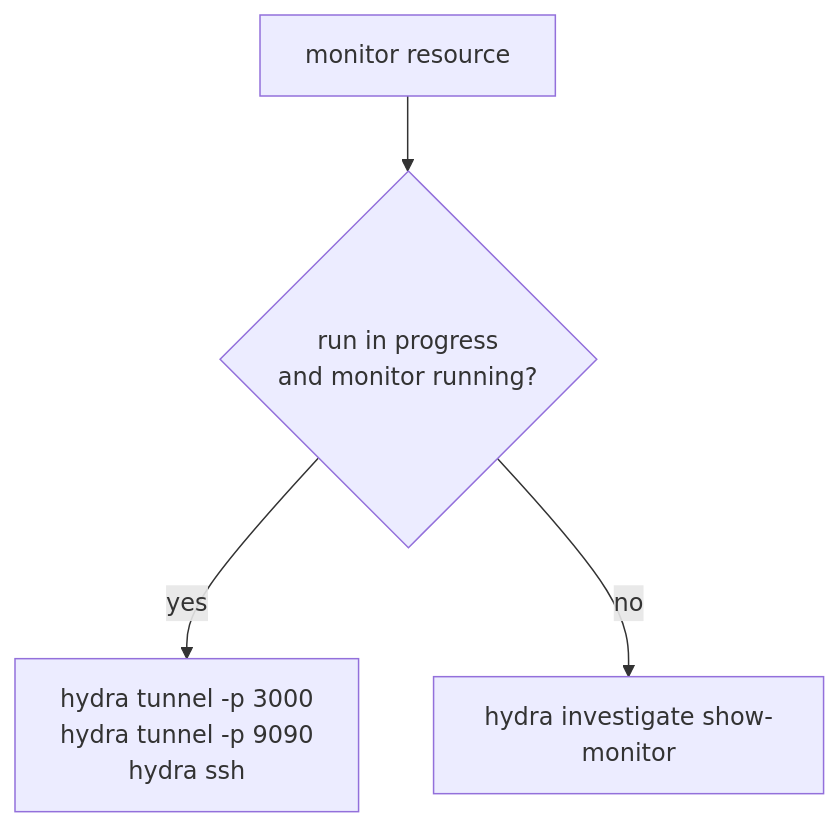
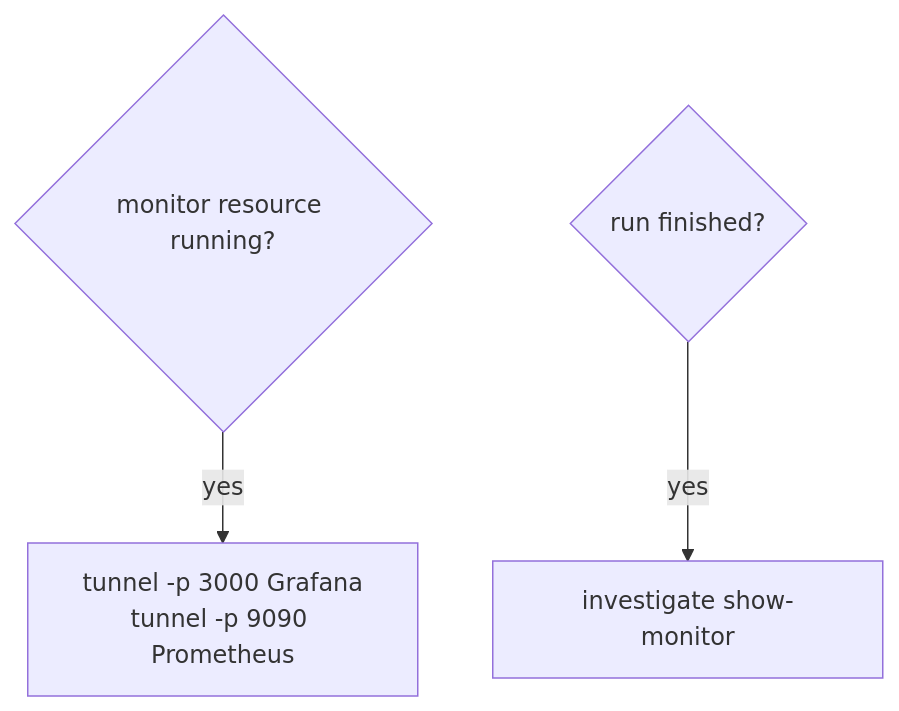
The diagram in tasks/ARGUS-263/spec.md (scylladb/argus), drawn with Mermaid before and after one commit. The commit also changed other lines of this file and 5 other files, not shown here.

First line of the commit message:
feature(frontend): show the tunnel commands for the monitor [ARGUS-263]

````diff
--- a/tasks/ARGUS-263/spec.md
+++ b/tasks/ARGUS-263/spec.md
@@ -24,6 +26,5 @@
 ```mermaid
 flowchart TD
-    R[monitor resource] --> F{run in progress<br/>and monitor running?}
-    F -->|yes| T["hydra tunnel -p 3000<br/>hydra tunnel -p 9090<br/>hydra ssh"]
-    F -->|no| S[hydra investigate show-monitor]
+    M{monitor resource running?} -->|yes| T[tunnel -p 3000 Grafana<br/>tunnel -p 9090 Prometheus]
+    F{run finished?} -->|yes| S[investigate show-monitor]
 ```
````
